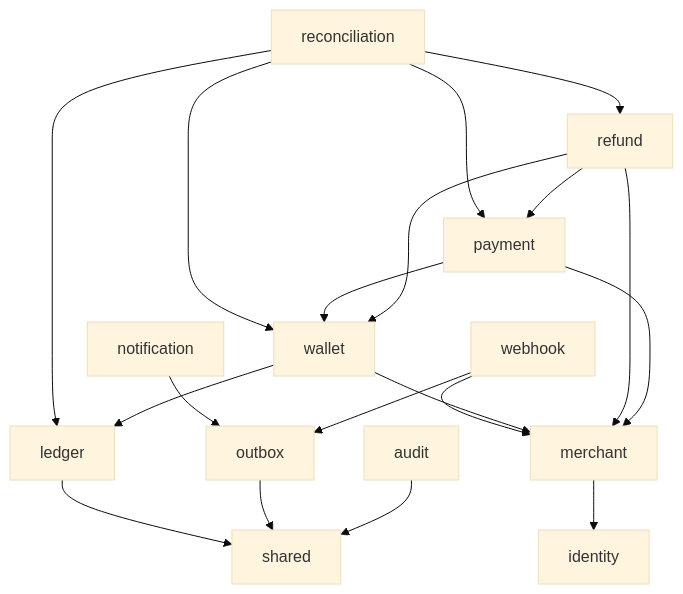
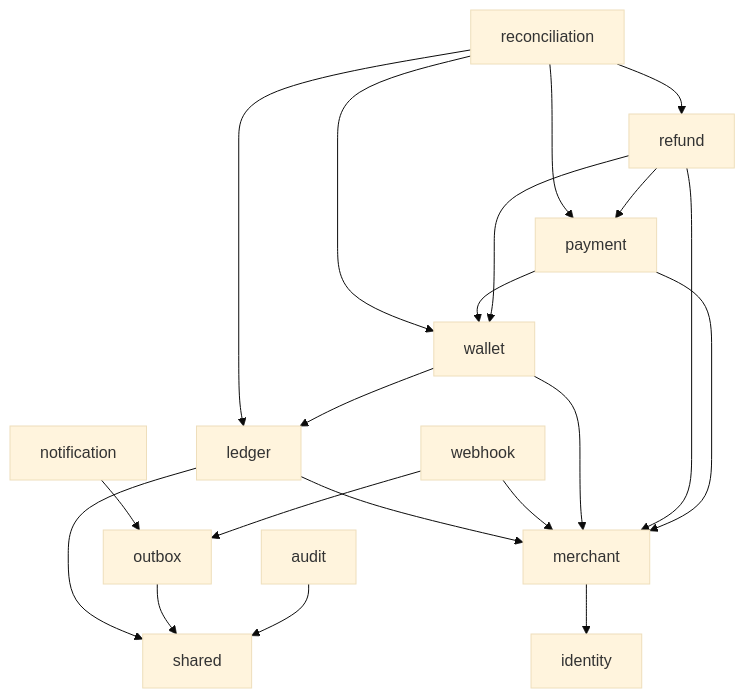
Before and after one commit to pranjalgram/LedgerFlow: the first of 2 diagrams in docs/ARCHITECTURE.md, drawn with Mermaid (base theme). The commit also changed 21 other files, not shown here.

````diff
--- a/docs/ARCHITECTURE.md
+++ b/docs/ARCHITECTURE.md
@@ -13,21 +13,22 @@
 ```mermaid
 flowchart TD
   refund --> payment
   refund --> wallet
   payment --> wallet
   wallet --> ledger
   payment --> merchant
   refund --> merchant
   wallet --> merchant
   merchant --> identity
   webhook --> merchant
   webhook --> outbox
   notification --> outbox
   reconciliation --> ledger
   reconciliation --> payment
   reconciliation --> refund
   reconciliation --> wallet
   audit --> shared
   outbox --> shared
   ledger --> shared
+  ledger --> merchant
 ```
````
